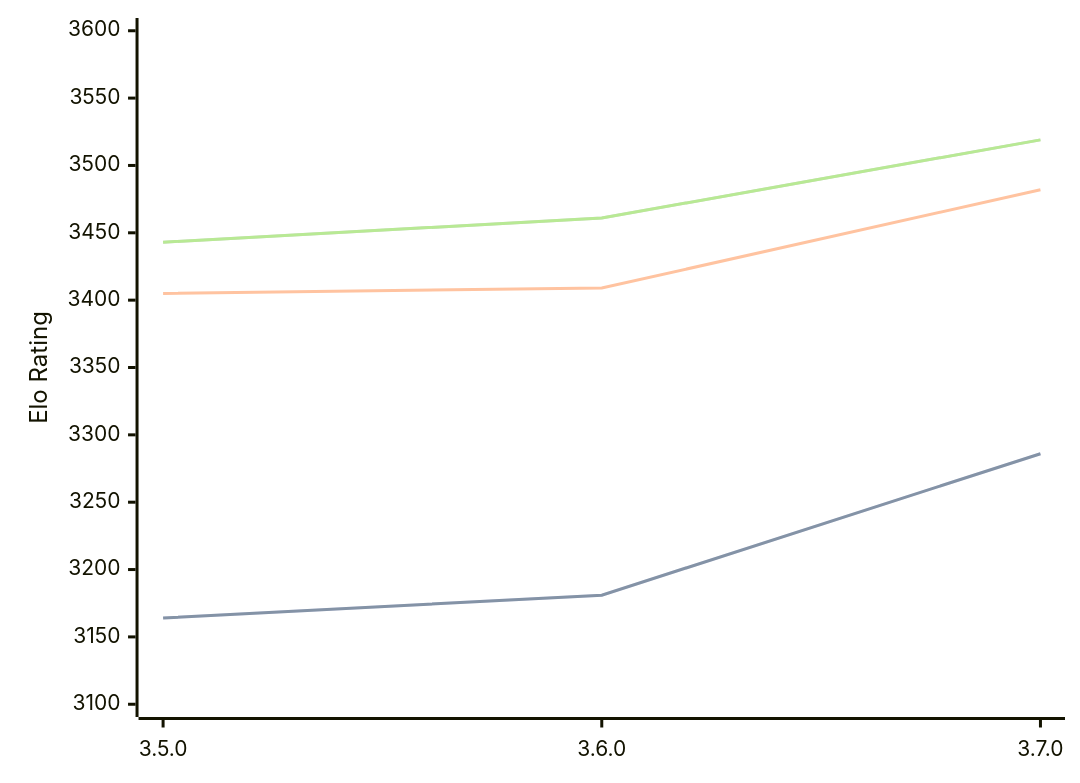
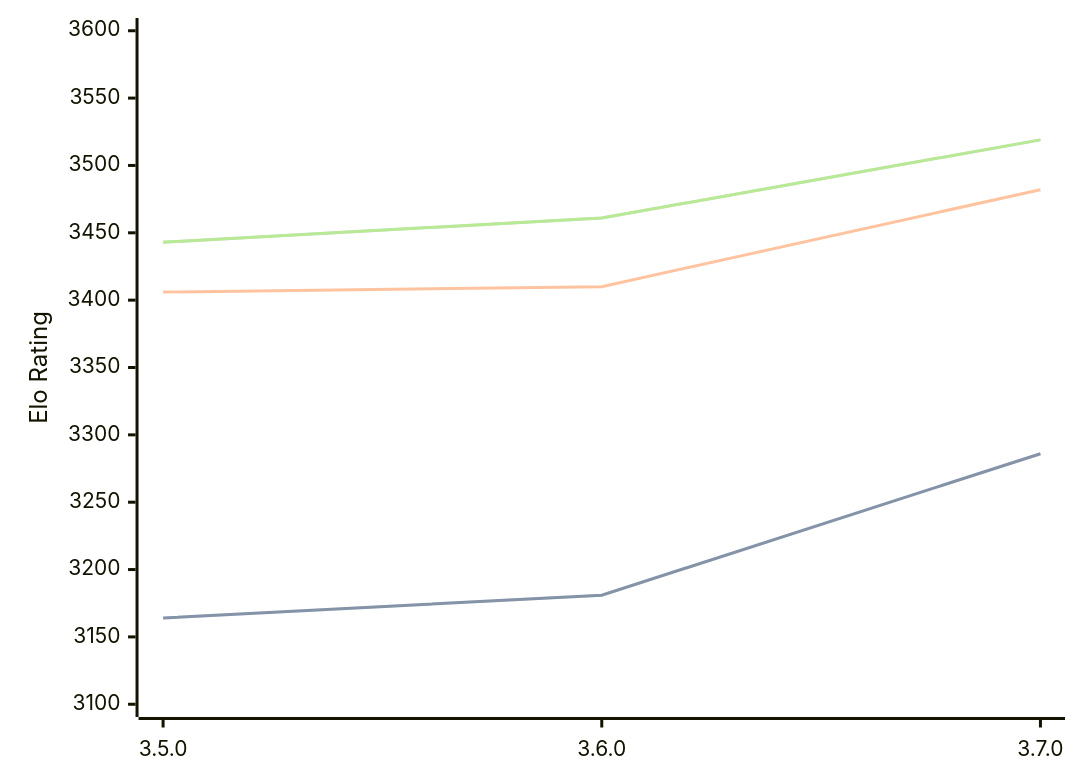
The diagram in engines/Igel.md (computer-chess-index/cci), drawn with Mermaid before and after one commit. The commit also changed other lines of this file, not shown here.

````diff
--- a/engines/Igel.md
+++ b/engines/Igel.md
@@ -33,11 +33,11 @@
 ```mermaid
 %%{init: {"theme":"base","themeVariables":{"seriesColors:['#a3a3a3','#222221','#faa371']}}}%%
 xychart-beta
   x-axis ["3.5.0", "3.6.0", "3.7.0"]
   y-axis "Elo Rating" 3100 --> 3600
   line "" [3164, 3181, 3286]
   line "STC (8.0+0.08s)" [3164, 3181, 3286]
-  line "LTC (60.0+0.60s)" [3405, 3409, 3482]
+  line "LTC (60.0+0.60s)" [3406, 3410, 3482]
   line "" [3443, 3461, 3519]
   line "VLTC (2m24s+1.12s)" [3443, 3461, 3519]
 ```
````
